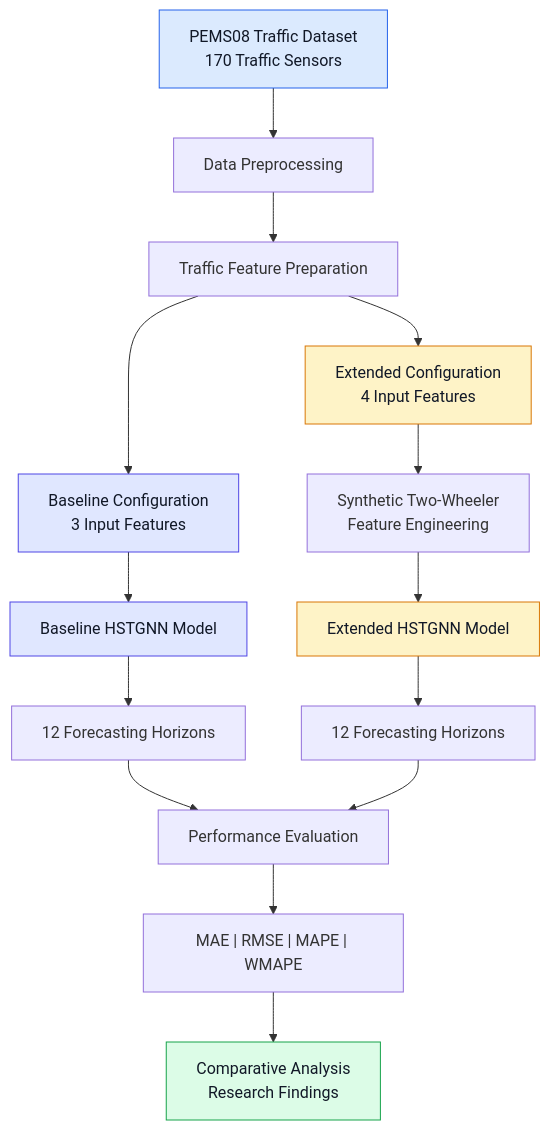
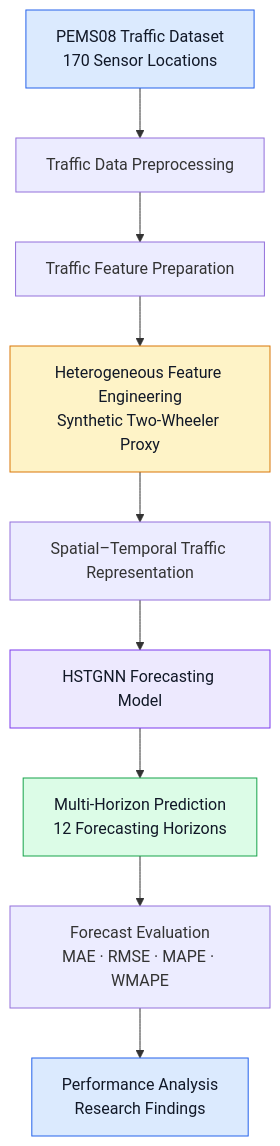
The first of 3 diagrams in README.md (janani2075-ui/Heterogeneous-Traffic-Forecasting-Two-Wheeler-Prediction-HSTGNN), drawn with Mermaid before and after one commit. The commit also changed other lines of this file, not shown here.

````diff
--- a/README.md
+++ b/README.md
@@ -78,30 +91,35 @@
 ```mermaid
 flowchart TD
-    A["PEMS08 Traffic Dataset<br/>170 Traffic Sensors"] --> B["Data Preprocessing"]
+    A["PEMS08 Traffic Dataset<br/>170 Sensor Locations"]
 
-    B --> C["Traffic Feature Preparation"]
+    B["Traffic Data Preprocessing"]
 
-    C --> D["Baseline Configuration<br/>3 Input Features"]
-    C --> E["Extended Configuration<br/>4 Input Features"]
+    C["Traffic Feature Preparation"]
 
-    E --> F["Synthetic Two-Wheeler<br/>Feature Engineering"]
+    D["Heterogeneous Feature Engineering<br/>Synthetic Two-Wheeler Proxy"]
 
-    D --> G["Baseline HSTGNN Model"]
-    F --> H["Extended HSTGNN Model"]
+    E["Spatial–Temporal Traffic Representation"]
 
-    G --> I["12 Forecasting Horizons"]
-    H --> J["12 Forecasting Horizons"]
+    F["HSTGNN Forecasting Model"]
 
-    I --> K["Performance Evaluation"]
-    J --> K
+    G["Multi-Horizon Prediction<br/>12 Forecasting Horizons"]
 
-    K --> L["MAE | RMSE | MAPE | WMAPE"]
-    L --> M["Comparative Analysis<br/>Research Findings"]
+    H["Forecast Evaluation<br/>MAE · RMSE · MAPE · WMAPE"]
 
-    style A fill:#dbeafe,stroke:#2563eb,color:#111827
-    style D fill:#e0e7ff,stroke:#4f46e5,color:#111827
-    style E fill:#fef3c7,stroke:#d97706,color:#111827
-    style G fill:#e0e7ff,stroke:#4f46e5,color:#111827
-    style H fill:#fef3c7,stroke:#d97706,color:#111827
-    style M fill:#dcfce7,stroke:#16a34a,color:#111827
+    I["Performance Analysis<br/>Research Findings"]
+
+    A --> B
+    B --> C
+    C --> D
+    D --> E
+    E --> F
+    F --> G
+    G --> H
+    H --> I
+
+    style A fill:#DBEAFE,stroke:#2563EB,color:#111827
+    style D fill:#FEF3C7,stroke:#D97706,color:#111827
+    style F fill:#EDE9FE,stroke:#7C3AED,color:#111827
+    style G fill:#DCFCE7,stroke:#16A34A,color:#111827
+    style I fill:#DBEAFE,stroke:#2563EB,color:#111827
 ```
````
